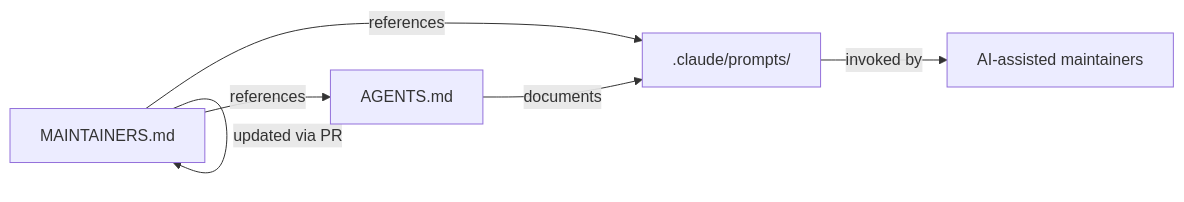
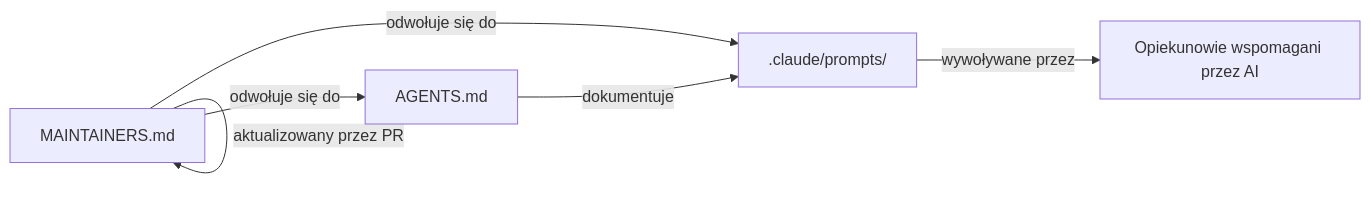
One commit to leszek3737/librefang-WIki changed the diagram in root-maintainers-md.md. Above: the diagram before and after it, drawn with Mermaid. The commit also changed other lines of this file and 104 other files, not shown here.

````diff
--- a/root-maintainers-md.md
+++ b/root-maintainers-md.md
@@ -60,8 +60,8 @@
 ```mermaid
 flowchart LR
-    A[MAINTAINERS.md] -- references --> B[.claude/prompts/]
-    A -- references --> C[AGENTS.md]
-    A -- updated via PR --> A
-    B -- invoked by --> D[AI-assisted maintainers]
-    C -- documents --> B
+    A[MAINTAINERS.md] -- odwołuje się do --> B[.claude/prompts/]
+    A -- odwołuje się do --> C[AGENTS.md]
+    A -- aktualizowany przez PR --> A
+    B -- wywoływane przez --> D[Opiekunowie wspomagani przez AI]
+    C -- dokumentuje --> B
 ```
````
